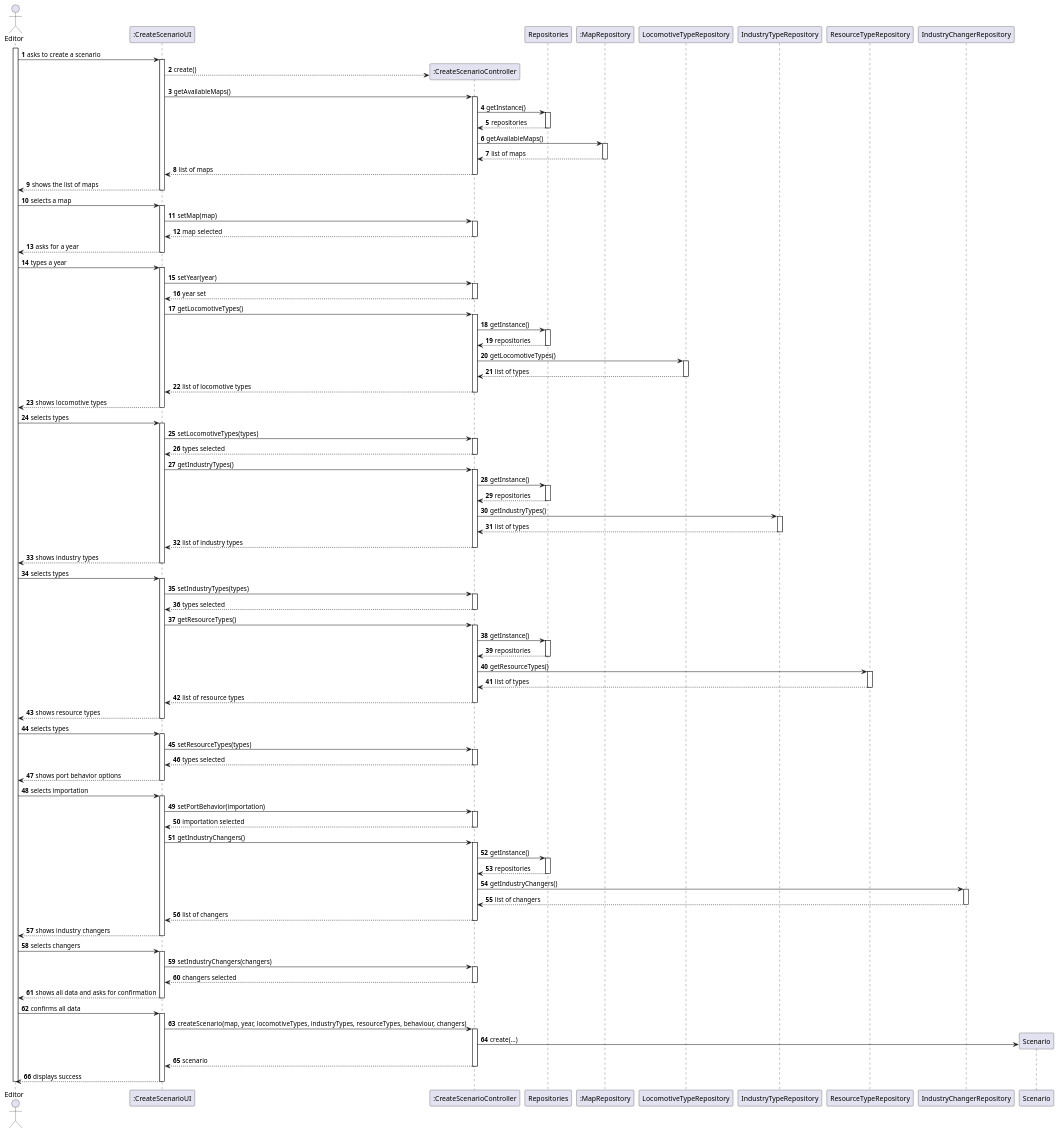
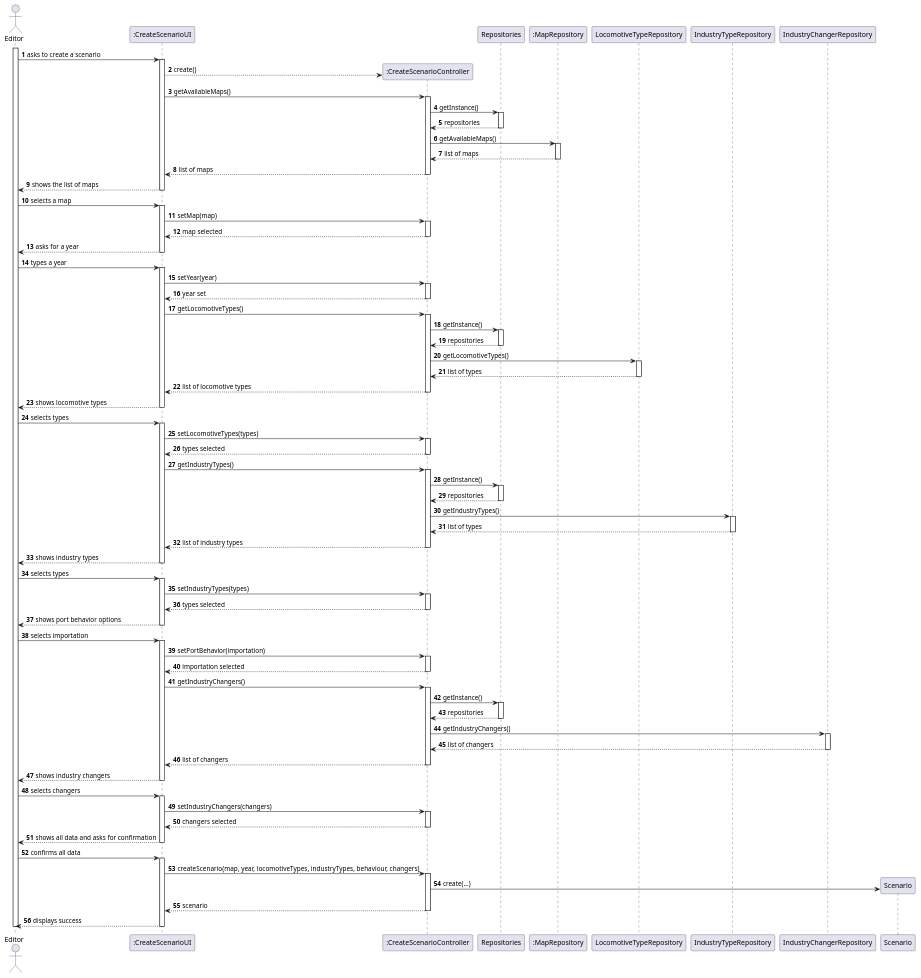
The diagram in Sprint2/US004/03.design/puml/US004-SD-full.puml (1240935/pi2-railway-simulator), drawn with PlantUML before and after one commit. The commit also changed 7 other files, not shown here.

```diff
--- a/Sprint2/US004/03.design/puml/US004-SD-full.puml
+++ b/Sprint2/US004/03.design/puml/US004-SD-full.puml
@@ -1,176 +1,153 @@
 @startuml
 'skinparam monochrome true
 skinparam packageStyle rectangle
 skinparam shadowing false
 
 autonumber
 
 'hide footbox
 
 actor "Editor" as EDITOR
 participant ":CreateScenarioUI" as UI
 participant ":CreateScenarioController" as CTRL
 participant "Repositories" as REPOS
 participant ":MapRepository" as MAP_REPO
 participant "LocomotiveTypeRepository" as LOCO_REPO
 participant "IndustryTypeRepository" as IND_REPO
-participant "ResourceTypeRepository" as RES_REPO
 participant "IndustryChangerRepository" as CHANGER_REPO
 participant "Scenario" as SCENARIO
 
 
 activate EDITOR
 
     EDITOR -> UI : asks to create a scenario
     activate UI
         UI --> CTRL** : create()
 
 
         UI -> CTRL : getAvailableMaps()
         activate CTRL
 
             CTRL -> REPOS : getInstance()
             activate REPOS
             REPOS --> CTRL : repositories
             deactivate REPOS
 
             CTRL -> MAP_REPO : getAvailableMaps()
             activate MAP_REPO
             MAP_REPO --> CTRL : list of maps
             deactivate MAP_REPO
 
         CTRL --> UI : list of maps
         deactivate CTRL
 
     UI --> EDITOR : shows the list of maps
     deactivate UI
 
     EDITOR -> UI : selects a map
     activate UI
     UI -> CTRL : setMap(map)
     activate CTRL
     CTRL --> UI : map selected
     deactivate CTRL
 
     UI --> EDITOR : asks for a year
     deactivate UI
 
     EDITOR -> UI : types a year
     activate UI
     UI -> CTRL : setYear(year)
     activate CTRL
     CTRL --> UI : year set
     deactivate CTRL
 
     UI -> CTRL : getLocomotiveTypes()
     activate CTRL
     CTRL -> REPOS : getInstance()
-                activate REPOS
-                REPOS --> CTRL : repositories
-                deactivate REPOS
+    activate REPOS
+    REPOS --> CTRL : repositories
+    deactivate REPOS
     CTRL -> LOCO_REPO : getLocomotiveTypes()
     activate LOCO_REPO
     LOCO_REPO --> CTRL : list of types
     deactivate LOCO_REPO
     CTRL --> UI : list of locomotive types
     deactivate CTRL
     UI --> EDITOR : shows locomotive types
     deactivate UI
 
     EDITOR -> UI : selects types
     activate UI
     UI -> CTRL : setLocomotiveTypes(types)
     activate CTRL
     CTRL --> UI : types selected
     deactivate CTRL
 
     UI -> CTRL : getIndustryTypes()
     activate CTRL
     CTRL -> REPOS : getInstance()
-                    activate REPOS
-                    REPOS --> CTRL : repositories
-                    deactivate REPOS
+    activate REPOS
+    REPOS --> CTRL : repositories
+    deactivate REPOS
     CTRL -> IND_REPO : getIndustryTypes()
     activate IND_REPO
     IND_REPO --> CTRL : list of types
     deactivate IND_REPO
     CTRL --> UI : list of industry types
     deactivate CTRL
     UI --> EDITOR : shows industry types
     deactivate UI
 
     EDITOR -> UI : selects types
     activate UI
     UI -> CTRL : setIndustryTypes(types)
-    activate CTRL
-    CTRL --> UI : types selected
-    deactivate CTRL
-
-    UI -> CTRL : getResourceTypes()
-    activate CTRL
-    CTRL -> REPOS : getInstance()
-                        activate REPOS
-                        REPOS --> CTRL : repositories
-                        deactivate REPOS
-    CTRL -> RES_REPO : getResourceTypes()
-    activate RES_REPO
-    RES_REPO --> CTRL : list of types
-    deactivate RES_REPO
-    CTRL --> UI : list of resource types
-    deactivate CTRL
-    UI --> EDITOR : shows resource types
-    deactivate UI
-
-    EDITOR -> UI : selects types
-    activate UI
-    UI -> CTRL : setResourceTypes(types)
     activate CTRL
     CTRL --> UI : types selected
     deactivate CTRL
 
     UI --> EDITOR : shows port behavior options
     deactivate UI
     EDITOR -> UI : selects importation
     activate UI
     UI -> CTRL : setPortBehavior(importation)
     activate CTRL
     CTRL --> UI : importation selected
     deactivate CTRL
 
     UI -> CTRL : getIndustryChangers()
     activate CTRL
     CTRL -> REPOS : getInstance()
                             activate REPOS
                             REPOS --> CTRL : repositories
                             deactivate REPOS
     CTRL -> CHANGER_REPO : getIndustryChangers()
     activate CHANGER_REPO
     CHANGER_REPO --> CTRL : list of changers
     deactivate CHANGER_REPO
     CTRL --> UI : list of changers
     deactivate CTRL
     UI --> EDITOR : shows industry changers
     deactivate UI
 
     EDITOR -> UI : selects changers
     activate UI
     UI -> CTRL : setIndustryChangers(changers)
     activate CTRL
     CTRL --> UI : changers selected
     deactivate CTRL
 
     UI --> EDITOR : shows all data and asks for confirmation
     deactivate UI
     EDITOR -> UI : confirms all data
     activate UI
 
-    UI -> CTRL : createScenario(map, year, locomotiveTypes, industryTypes, resourceTypes, behaviour, changers)
+    UI -> CTRL : createScenario(map, year, locomotiveTypes, industryTypes, behaviour, changers)
     activate CTRL
     CTRL -> SCENARIO ** : create(...)
     CTRL --> UI : scenario
     deactivate CTRL
 
     UI --> EDITOR : displays success
     deactivate UI
 deactivate EDITOR
 @enduml
```
